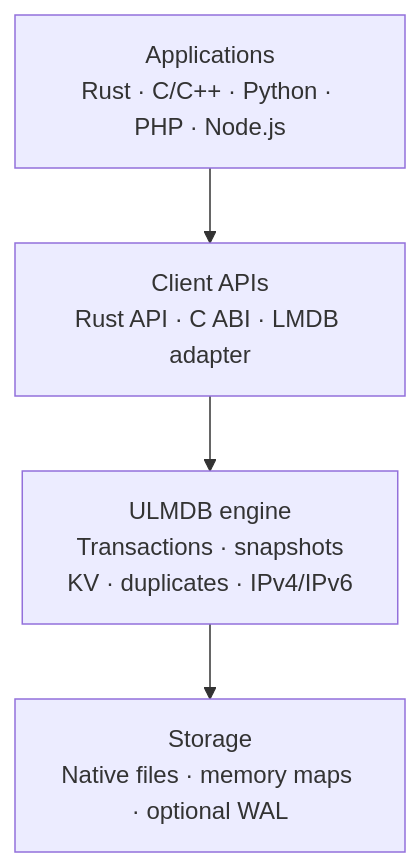
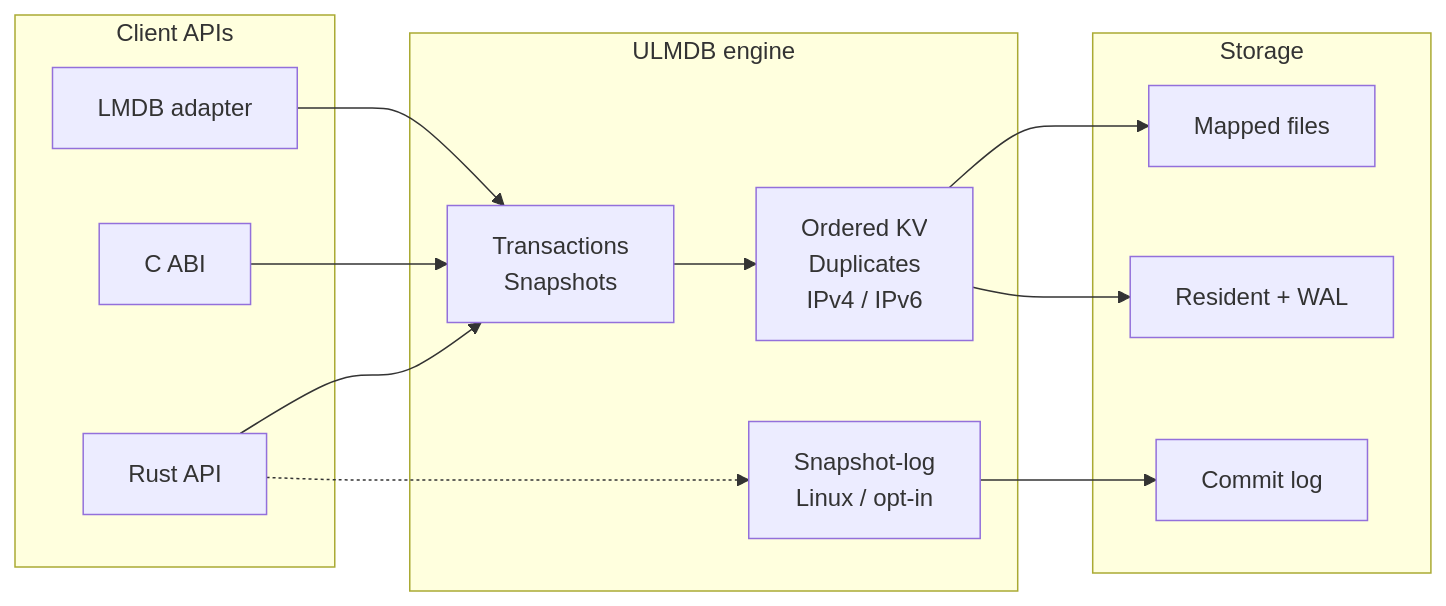
One commit to cwittenberg/ulmdb changed the diagram in README.md. Above: the diagram before and after it, drawn with Mermaid. The commit also changed 1 other file, not shown here.

````diff
--- a/README.md
+++ b/README.md
@@ -18,9 +18,25 @@
 ```mermaid
-flowchart TD
-    Apps["Applications<br/>Rust · C/C++ · Python · PHP · Node.js"]
-    API["Client APIs<br/>Rust API · C ABI · LMDB adapter"]
-    Engine["ULMDB engine<br/>Transactions · snapshots<br/>KV · duplicates · IPv4/IPv6"]
-    Storage["Storage<br/>Native files · memory maps · optional WAL"]
+flowchart LR
+    subgraph APIs["Client APIs"]
+        Rust["Rust API"]
+        C["C ABI"]
+        LMDB["LMDB adapter"]
+    end
 
-    Apps --> API --> Engine --> Storage
+    subgraph Engine["ULMDB engine"]
+        Tx["Transactions<br/>Snapshots"]
+        Indexes["Ordered KV<br/>Duplicates<br/>IPv4 / IPv6"]
+        Snapshot["Snapshot-log<br/>Linux / opt-in"]
+        Tx --> Indexes
+    end
+
+    subgraph Storage["Storage"]
+        Files["Mapped files"]
+        Resident["Resident + WAL"]
+        Journal["Commit log"]
+    end
+
+    Rust & C & LMDB --> Tx
+    Indexes --> Files & Resident
+    Rust -.-> Snapshot --> Journal
 ```
````
